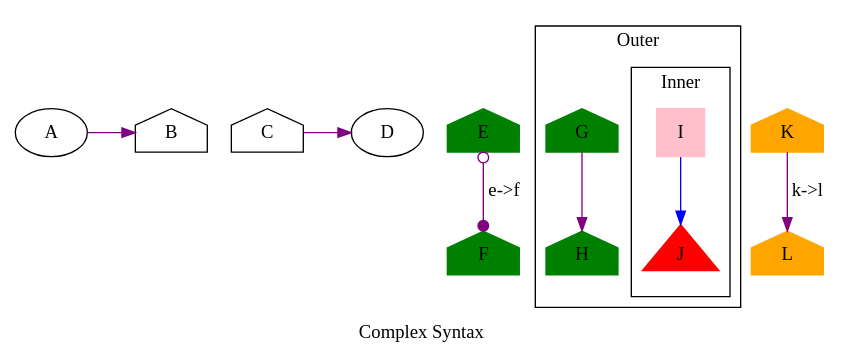
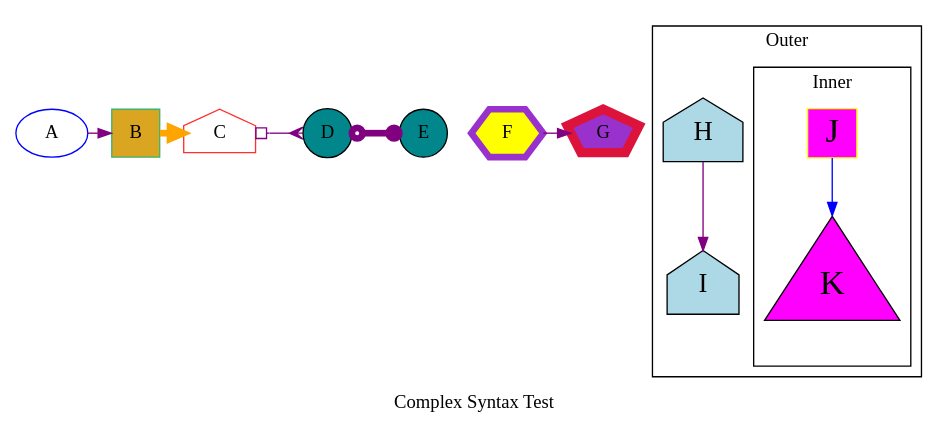
One commit to graphviz-perl/GraphViz2-Marpa-PathUtils changed the diagram in data/13.clusters.in.gv. Above: the diagram before and after it, drawn with Graphviz. The commit also changed 7 other files, not shown here.

```diff
--- a/data/13.clusters.in.gv
+++ b/data/13.clusters.in.gv
@@ -1,47 +1,48 @@
-strict digraph syntax
+strict digraph graph_55
 {
-	label   = "Complex Syntax"
-	rankdir = TB
+	label = "Complex Syntax Test"
 
-	A [shape = oval]
+	A [color = blue]
 
 	node [shape = house]
 	edge [color = purple]
 
 	{
 		rank = same
-		B
 		C
-		node [shape = oval]
-		D
-		ordering = out
+		node [fillcolor = goldenrod shape = circle style = filled]
 		A -> B
-		C -> D
+		B [color = mediumseagreen]
+		C [color = firebrick1]
+		B -> C [color = orange penwidth = 5]
+		node [fillcolor = turquoise4]
+		C -> D [arrowtail = obox arrowhead = crow dir = both minlen = 2]
+		D -> E [arrowtail = odot arrowhead = dot dir = both minlen = 2 penwidth = 5]
+		{
+			node [fillcolor = darkorchid shape = pentagon]
+			F [color = darkorchid fillcolor = yellow penwidth = 5 shape = hexagon]
+			G [color = crimson penwidth = 7]
+			F -> G
+		}
 	}
 
-	node [color = green style = filled]
-	E
-	F
-	E -> F [label = "e->f", dir = both, arrowhead = dot, arrowtail = odot]
+	B [shape = square]
+
+	node [fillcolor = lightblue fontsize = 20 style = filled]
 
 	subgraph cluster_outer
 	{
-		G -> H
-		node [shape = hexagon]
-		node [color = red]
 		label = Outer
+		H -> I
+
 		subgraph cluster_inner
 		{
-			node [shape = triangle]
+			label = Inner
+			node [fillcolor = magenta fontsize = 26 shape = triangle]
 			edge [color = blue]
-			I [color = pink shape = square]
-			I -> J
-			label = Inner
+			J [color = yellow shape = square]
+			J -> K
 		}
 	}
 	graph [rankdir = TB]
-	node  [color   = orange]
-	K
-	L
-	K -> L [label = "k->l"]
 }
```
